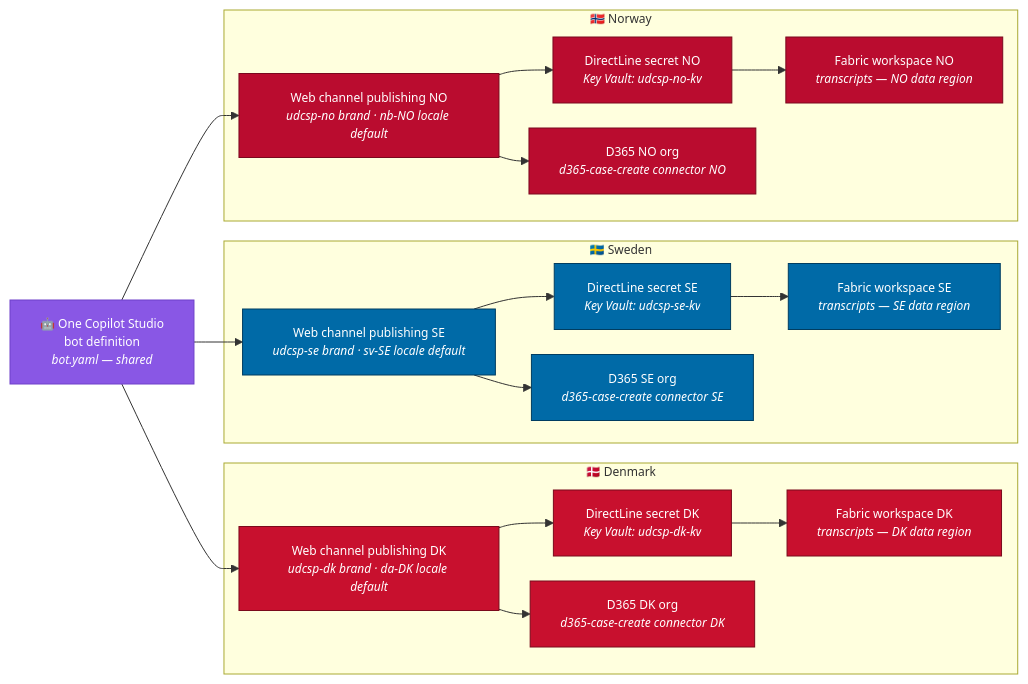
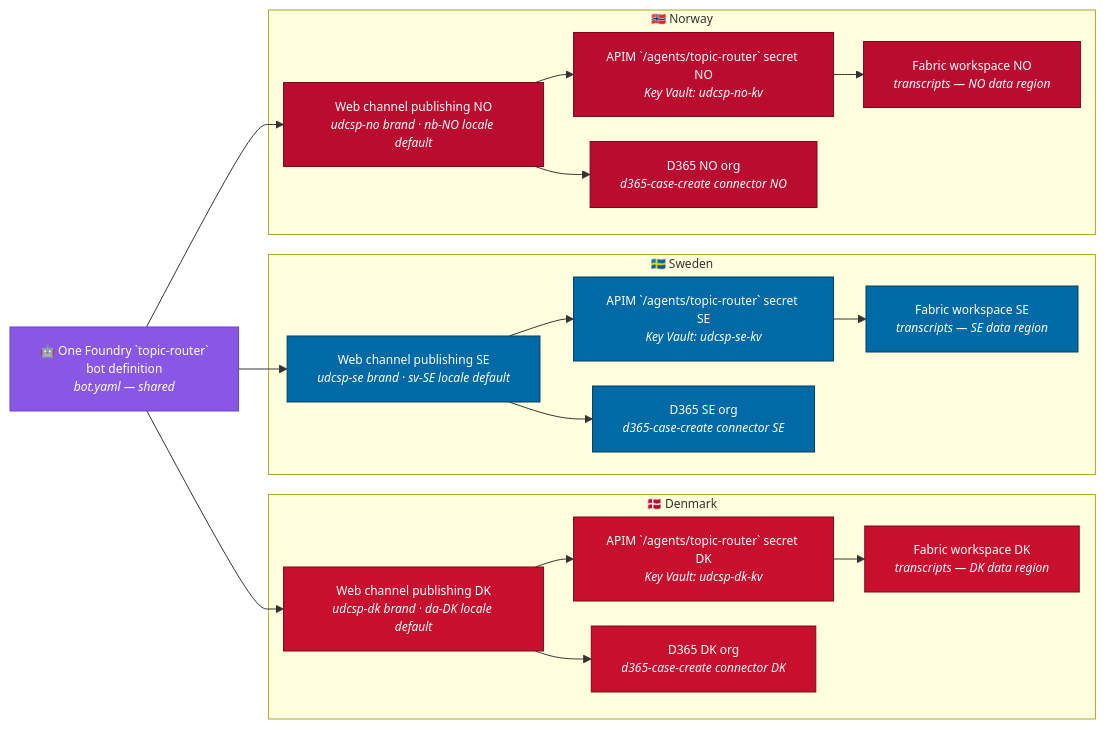
One commit to fredgis/UDCSP changed the third of 4 diagrams in docs/biz/chat.md. Above: the diagram before and after it, drawn with Mermaid. The commit also changed other lines of this file and 193 other files, not shown here.

````diff
--- a/docs/biz/chat.md
+++ b/docs/biz/chat.md
@@ -399,47 +351,47 @@
 ```mermaid
 %%{ init: { 'flowchart': { 'nodeSpacing': 25, 'rankSpacing': 30 }, 'themeVariables': { 'fontSize': '12px' } } }%%
 flowchart LR
-    BOT["🤖 One Copilot Studio<br/>bot definition<br/><i>bot.yaml — shared</i>"]
+    BOT["🤖 One Foundry `topic-router`<br/>bot definition<br/><i>bot.yaml — shared</i>"]
 
     subgraph DK["🇩🇰 Denmark"]
         PUB_DK["Web channel publishing DK<br/><i>udcsp-dk brand · da-DK locale default</i>"]
-        DL_DK["DirectLine secret DK<br/><i>Key Vault: udcsp-dk-kv</i>"]
+        DL_DK["APIM `/agents/topic-router` secret DK<br/><i>Key Vault: udcsp-dk-kv</i>"]
         FAB_DK["Fabric workspace DK<br/><i>transcripts — DK data region</i>"]
         D365_DK["D365 DK org<br/><i>d365-case-create connector DK</i>"]
     end
 
     subgraph SE["🇸🇪 Sweden"]
         PUB_SE["Web channel publishing SE<br/><i>udcsp-se brand · sv-SE locale default</i>"]
-        DL_SE["DirectLine secret SE<br/><i>Key Vault: udcsp-se-kv</i>"]
+        DL_SE["APIM `/agents/topic-router` secret SE<br/><i>Key Vault: udcsp-se-kv</i>"]
         FAB_SE["Fabric workspace SE<br/><i>transcripts — SE data region</i>"]
         D365_SE["D365 SE org<br/><i>d365-case-create connector SE</i>"]
     end
 
     subgraph NO["🇳🇴 Norway"]
         PUB_NO["Web channel publishing NO<br/><i>udcsp-no brand · nb-NO locale default</i>"]
-        DL_NO["DirectLine secret NO<br/><i>Key Vault: udcsp-no-kv</i>"]
+        DL_NO["APIM `/agents/topic-router` secret NO<br/><i>Key Vault: udcsp-no-kv</i>"]
         FAB_NO["Fabric workspace NO<br/><i>transcripts — NO data region</i>"]
         D365_NO["D365 NO org<br/><i>d365-case-create connector NO</i>"]
     end
 
     BOT --> PUB_DK & PUB_SE & PUB_NO
     PUB_DK --> DL_DK
     PUB_DK --> D365_DK
     DL_DK --> FAB_DK
     PUB_SE --> DL_SE
     PUB_SE --> D365_SE
     DL_SE --> FAB_SE
     PUB_NO --> DL_NO
     PUB_NO --> D365_NO
     DL_NO --> FAB_NO
 
     classDef dk fill:#C8102E,stroke:#7a0a1c,color:#fff
     classDef se fill:#006AA7,stroke:#003d61,color:#fff
     classDef no fill:#BA0C2F,stroke:#7a081e,color:#fff
     classDef shared fill:#8957e5,stroke:#6e40c9,color:#fff
 
     class PUB_DK,DL_DK,FAB_DK,D365_DK dk
     class PUB_SE,DL_SE,FAB_SE,D365_SE se
     class PUB_NO,DL_NO,FAB_NO,D365_NO no
     class BOT shared
 ```
````
